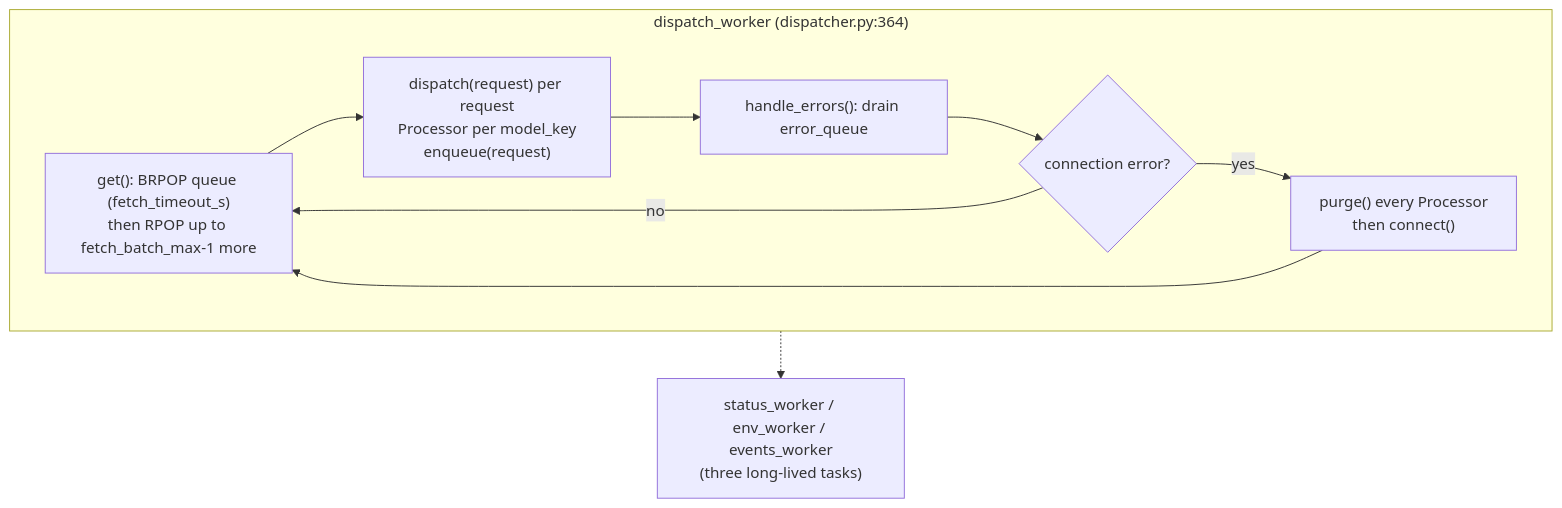
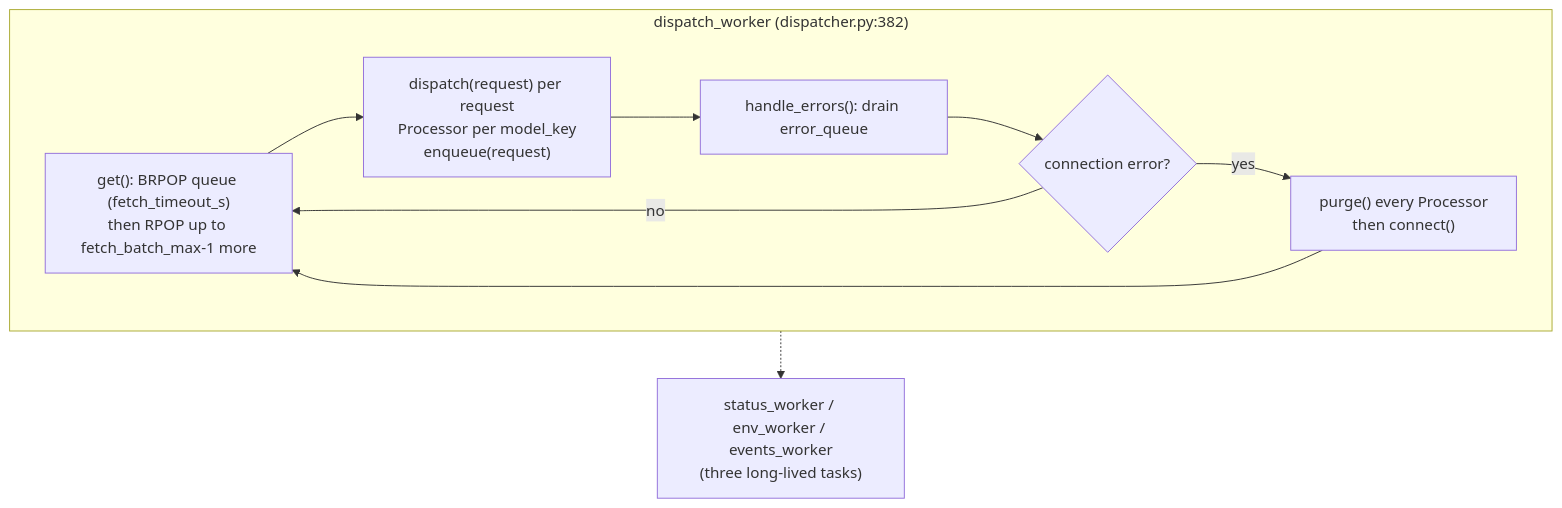
The diagram in docs/developing/queue-internals.md (ndif-team/ndif), drawn with Mermaid before and after one commit. The commit also changed other lines of this file and 64 other files, not shown here.

````diff
--- a/docs/developing/queue-internals.md
+++ b/docs/developing/queue-internals.md
@@ -72,16 +72,16 @@
 ```mermaid
 flowchart TB
-  subgraph DW["dispatch_worker (dispatcher.py:364)"]
+  subgraph DW["dispatch_worker (dispatcher.py:382)"]
     G["get(): BRPOP queue (fetch_timeout_s)<br/>then RPOP up to fetch_batch_max-1 more"]
     D["dispatch(request) per request<br/>Processor per model_key<br/>enqueue(request)"]
     H["handle_errors(): drain error_queue"]
     CE{"connection error?"}
     P["purge() every Processor<br/>then connect()"]
   end
   SW["status_worker / env_worker / events_worker<br/>(three long-lived tasks)"]
 
   G --> D --> H --> CE
   CE -- yes --> P --> G
   CE -- no --> G
   DW -.-> SW
 ```
````
